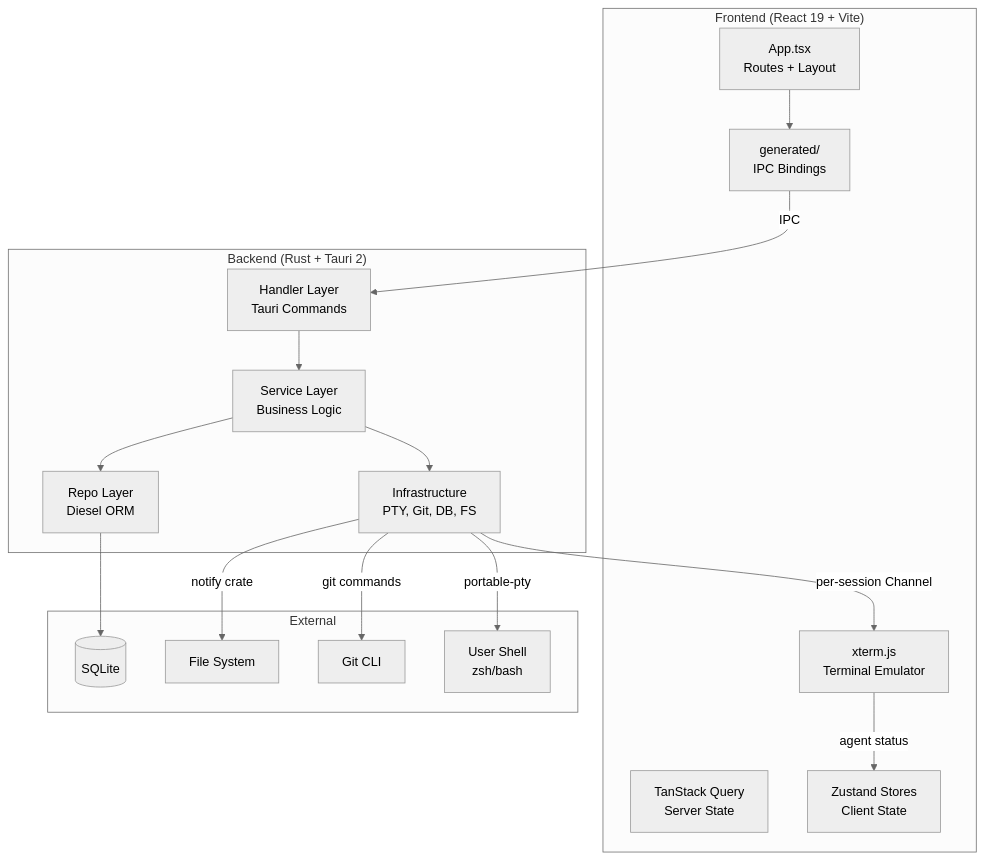
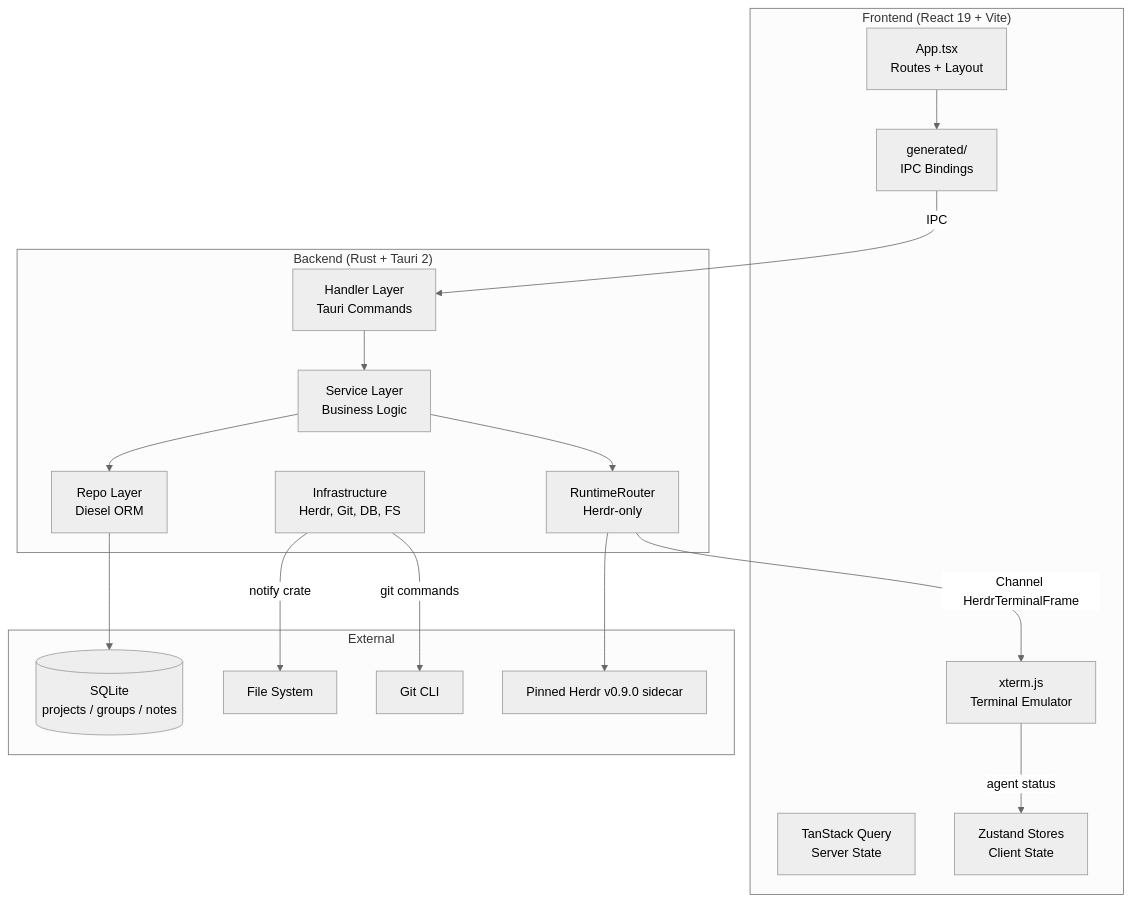
One commit to AkaraChen/2code changed the diagram in docs/architecture.md. Above: the diagram before and after it, drawn with Mermaid (neutral theme). The commit also changed other lines of this file and 2 other files, not shown here.

First line of the commit message:
docs: describe Herdr-only runtime and live sqlite schema

````diff
--- a/docs/architecture.md
+++ b/docs/architecture.md
@@ -5,36 +7,37 @@
 ```mermaid
 graph TD
     subgraph Frontend ["Frontend (React 19 + Vite)"]
         App[App.tsx<br/>Routes + Layout]
         TQ[TanStack Query<br/>Server State]
         ZS[Zustand Stores<br/>Client State]
         XT[xterm.js<br/>Terminal Emulator]
         Gen[generated/<br/>IPC Bindings]
     end
 
     subgraph Backend ["Backend (Rust + Tauri 2)"]
         H[Handler Layer<br/>Tauri Commands]
         S[Service Layer<br/>Business Logic]
         R[Repo Layer<br/>Diesel ORM]
-        I[Infrastructure<br/>PTY, Git, DB, FS]
+        I[Infrastructure<br/>Herdr, Git, DB, FS]
+        RR[RuntimeRouter<br/>Herdr-only]
     end
 
     subgraph External ["External"]
-        DB[(SQLite)]
+        DB[(SQLite<br/>projects / groups / notes)]
         FS[File System]
         Git[Git CLI]
-        Shell[User Shell<br/>zsh/bash]
+        Herdr[Pinned Herdr v0.9.0 sidecar]
     end
 
     App --> Gen
     Gen -->|IPC| H
     H --> S
     S --> R
-    S --> I
+    S --> RR
+    RR --> Herdr
     R --> DB
-    I -->|portable-pty| Shell
     I -->|git commands| Git
     I -->|notify crate| FS
-    I -->|per-session Channel<ArrayBuffer>| XT
+    RR -->|Channel HerdrTerminalFrame| XT
     XT -->|agent status| ZS
 ```
````
